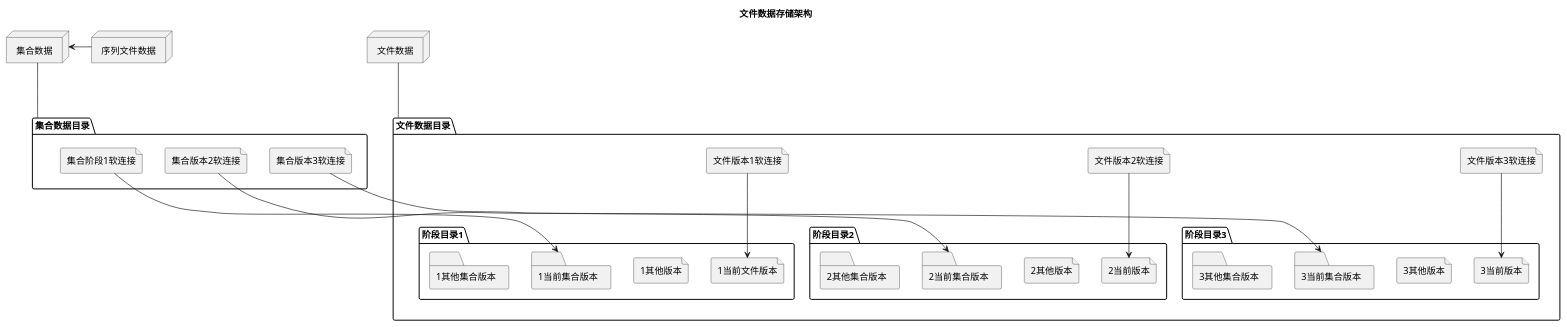
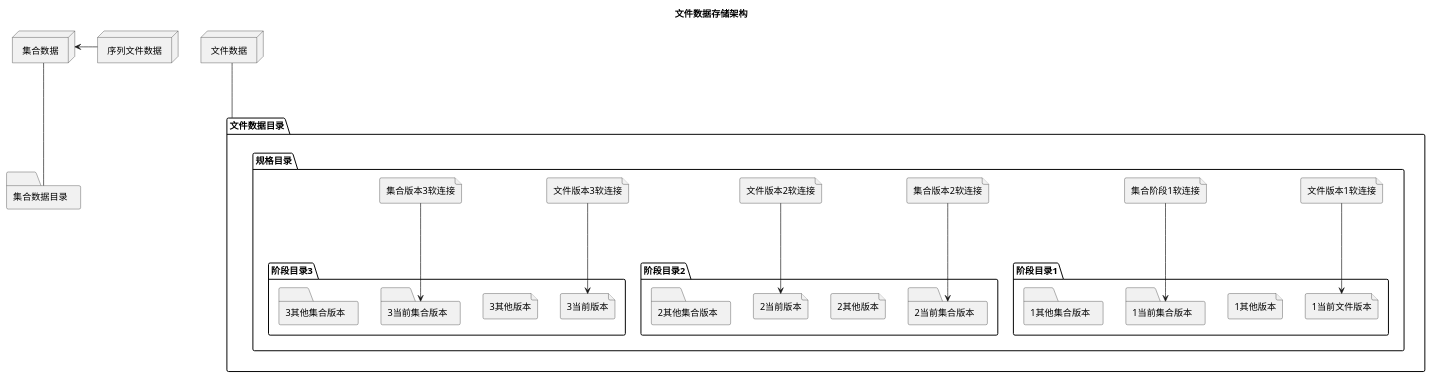
Before and after one commit to cashmerepipeline/cashmere_core: the diagram in documents/数据系统/文件数据组织架构.puml, drawn with PlantUML. The commit also changed 13 other files, not shown here.

```diff
--- a/documents/数据系统/文件数据组织架构.puml
+++ b/documents/数据系统/文件数据组织架构.puml
@@ -1,59 +1,63 @@
 @startuml
 
 title 文件数据存储架构
 
 node 文件数据{
 
 }
 node 集合数据
 node 序列文件数据
 
 folder 文件数据目录{
-    file 文件版本1软连接
-    file 文件版本2软连接
-    file 文件版本3软连接
+    folder 规格目录{
+        file 文件版本1软连接
+        file 文件版本2软连接
+        file 文件版本3软连接
 
-    folder 阶段目录1{
-        file 1当前文件版本
-        file 1其他版本
-    }
-    folder 阶段目录2{
-        file 2当前版本
-        file 2其他版本
-    }
-    folder 阶段目录3{
-        file 3当前版本
-        file 3其他版本
+        folder 阶段目录1{
+            file 1当前文件版本
+            file 1其他版本
+        }
+        folder 阶段目录2{
+            file 2当前版本
+            file 2其他版本
+        }
+        folder 阶段目录3{
+            file 3当前版本
+            file 3其他版本
+        }
     }
 }
 
 folder 集合数据目录{
-    file 集合阶段1软连接
-    file 集合版本2软连接
-    file 集合版本3软连接
+    folder 规格目录{
+        file 集合阶段1软连接
+        file 集合版本2软连接
+        file 集合版本3软连接
 
-    folder 阶段目录1{
-        folder 1当前集合版本
-        folder 1其他集合版本
-    }
-    folder 阶段目录2{
-        folder 2当前集合版本
-        folder 2其他集合版本
-    }
-    folder 阶段目录3{
-        folder 3当前集合版本
-        folder 3其他集合版本
+        folder 阶段目录1{
+            folder 1当前集合版本
+            folder 1其他集合版本
+        }
+        folder 阶段目录2{
+            folder 2当前集合版本
+            folder 2其他集合版本
+        }
+        folder 阶段目录3{
+            folder 3当前集合版本
+            folder 3其他集合版本
+        }
     }
 }
 
 文件数据 --- 文件数据目录
 文件版本1软连接 ---> 1当前文件版本
 文件版本2软连接 ---> 2当前版本
 文件版本3软连接 ---> 3当前版本
 
 集合数据 <- 序列文件数据
 集合数据 --- 集合数据目录
 集合阶段1软连接 ---> 1当前集合版本
 集合版本2软连接 ---> 2当前集合版本
 集合版本3软连接 ---> 3当前集合版本
 @enduml
```
